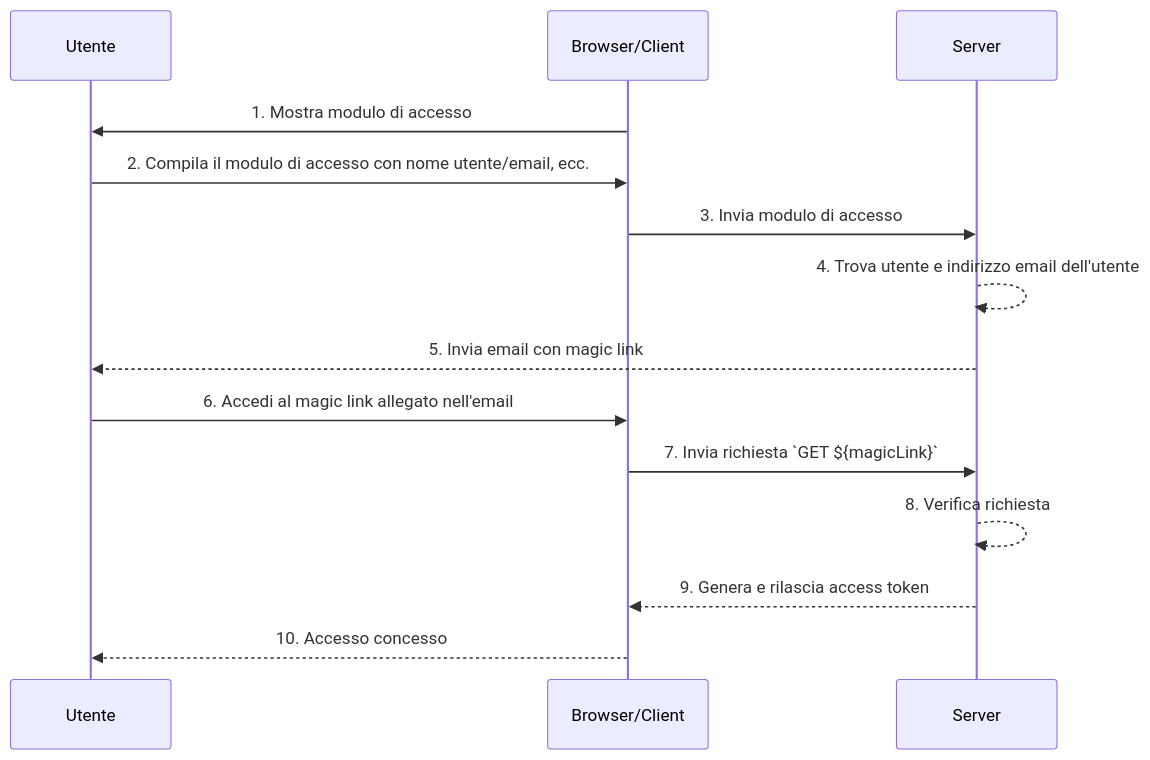
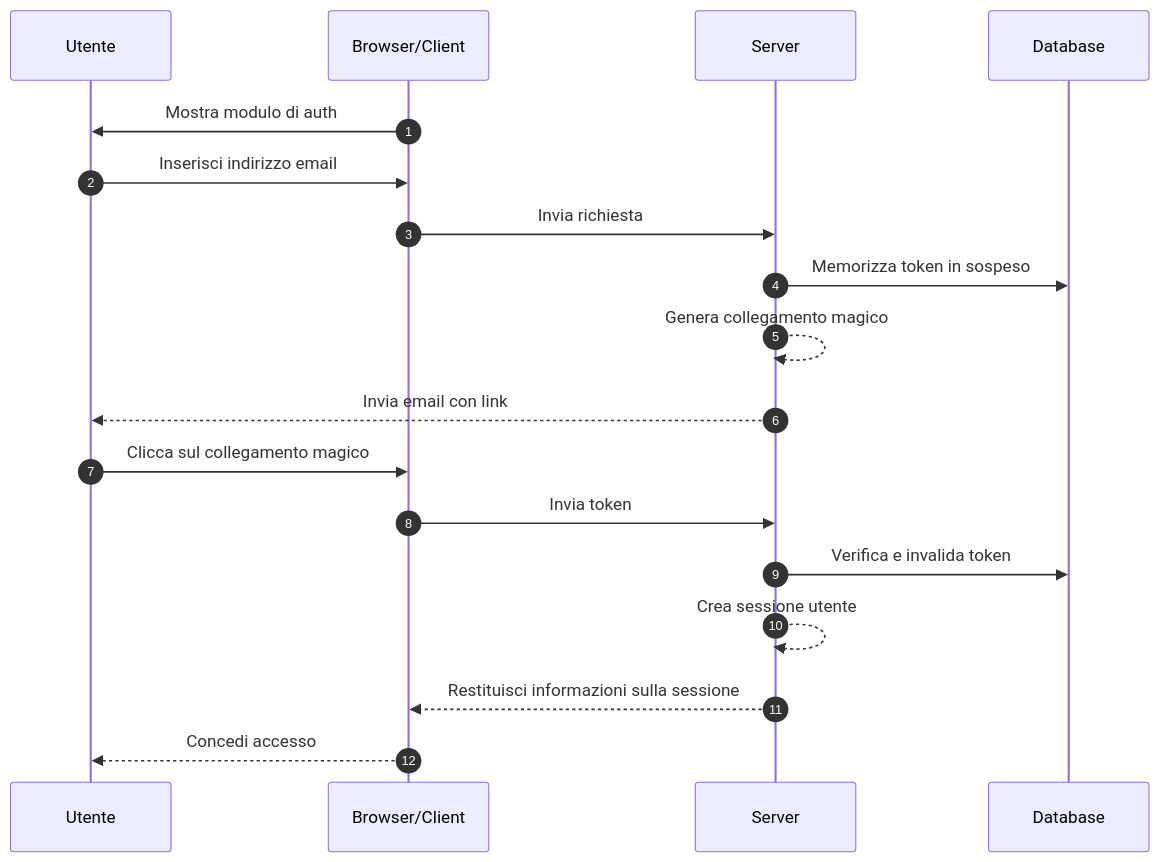
The first of 2 diagrams in src/content/terms/it/magic-link.mdx (logto-io/auth-wiki), drawn with Mermaid before and after one commit. The commit also changed other lines of this file and 95 other files, not shown here.

````diff
--- a/src/content/terms/it/magic-link.mdx
+++ b/src/content/terms/it/magic-link.mdx
@@ -31,16 +17,20 @@
 ```mermaid
 sequenceDiagram
+    autonumber
     participant U as Utente
     participant B as Browser/Client
     participant S as Server
-    B->>U: 1. Mostra modulo di accesso
-    U->>B: 2. Compila il modulo di accesso con nome utente/email, ecc.
-    B->>S: 3. Invia modulo di accesso
-    S-->>S: 4. Trova utente e indirizzo email dell'utente
-    S-->>U: 5. Invia email con magic link
-    U->>B: 6. Accedi al magic link allegato nell'email
-    B->>S: 7. Invia richiesta `GET ${magicLink}`
-    S-->>S: 8. Verifica richiesta
-    S-->>B: 9. Genera e rilascia access token
-    B-->>U: 10. Accesso concesso
+    participant D as Database
+    B->>U: Mostra modulo di auth
+    U->>B: Inserisci indirizzo email
+    B->>S: Invia richiesta
+    S->>D: Memorizza token in sospeso
+    S-->>S: Genera collegamento magico
+    S-->>U: Invia email con link
+    U->>B: Clicca sul collegamento magico
+    B->>S: Invia token
+    S->>D: Verifica e invalida token
+    S-->>S: Crea sessione utente
+    S-->>B: Restituisci informazioni sulla sessione
+    B-->>U: Concedi accesso
 ```
````
